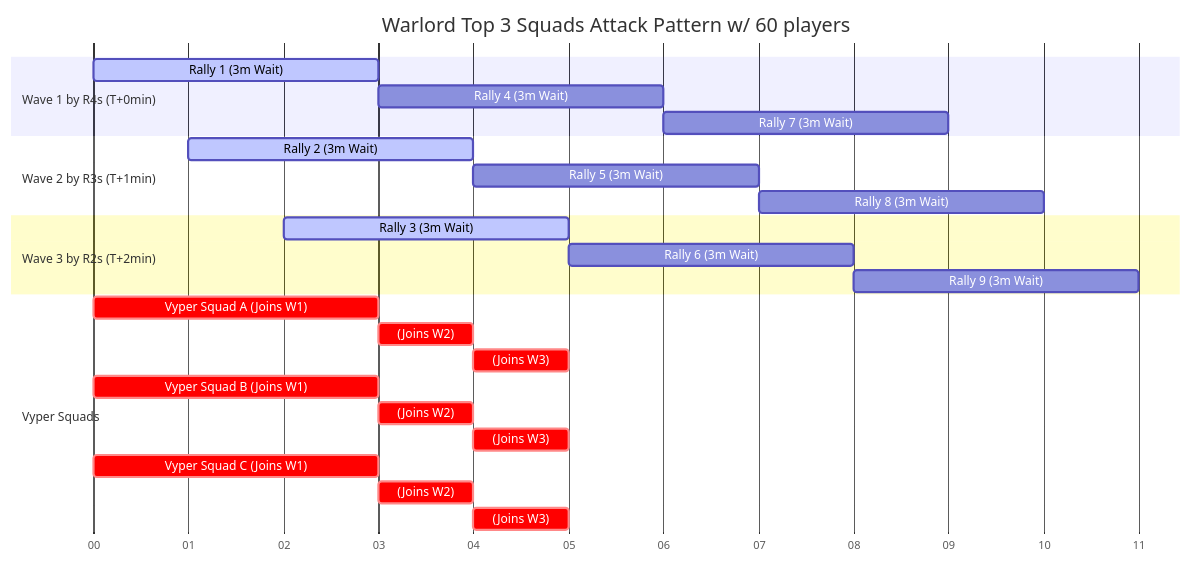
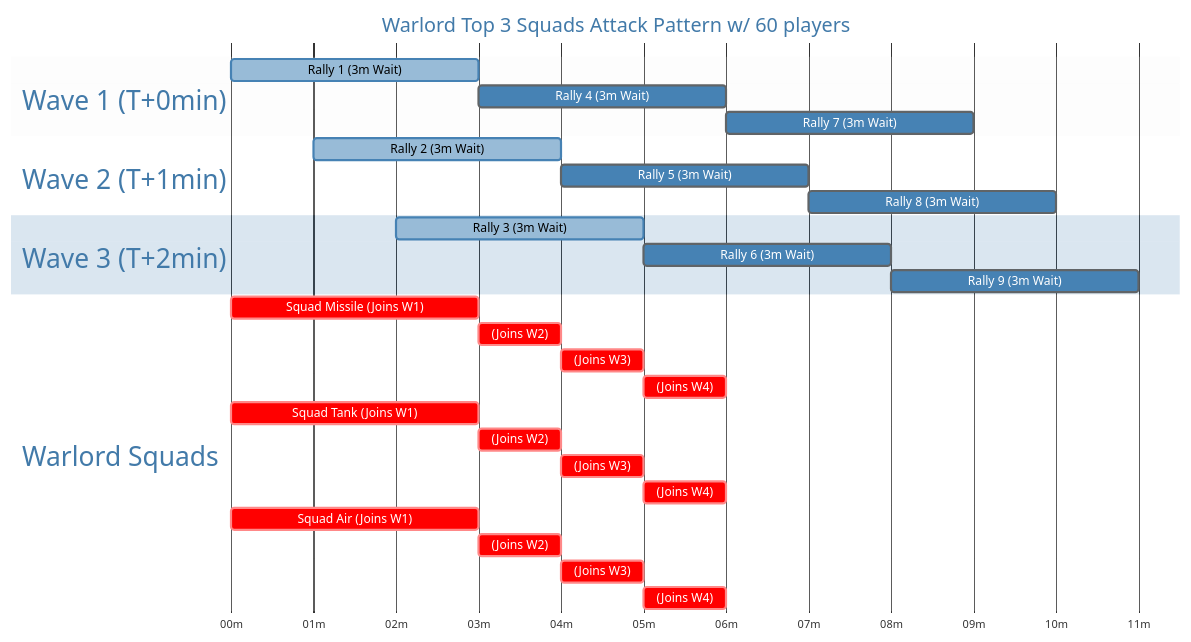
Before and after one commit to deepseek1109/lastwar: the diagram in docs/mg_rally.md, drawn with Mermaid. The commit also changed other lines of this file, not shown here.

Commit message:
make gantt chart more visible

````diff
--- a/docs/mg_rally.md
+++ b/docs/mg_rally.md
@@ -21,31 +22,54 @@
 ```mermaid
+%%{
+init: {
+  'theme': 'base',
+  'themeVariables': {
+    'fontSize': '24px',
+    'taskTextColor': '#ffffff',
+    'primaryColor': '#4682b4',
+    'textColor': '#000000',
+    'fontWeight': 'bold',
+    'primaryTextColor': '#ffffff',
+    'sectionBkgColor': '#f3f3f3',
+    'sectionTextColor': '#000000',
+    'criticalColor': '#ff8c00'
+  },
+  'gantt': {
+    'leftPadding': 200,
+    'sectionFontSize': 24
+  }
+}
+}%%
 gantt
     title Warlord Top 3 Squads Attack Pattern w/ 60 players
     dateFormat  m
-    axisFormat %M
-    section Wave 1 by R4s (T+0min)
+    axisFormat %Mm
+    section Wave 1 (T+0min)
     Rally 1 (3m Wait) :active, w1_1, 0, 3
     Rally 4 (3m Wait) :w1_2, 3, 6
     Rally 7 (3m Wait) :w1_3, 6, 9
 
-    section Wave 2 by R3s (T+1min)
+    section Wave 2 (T+1min)
     Rally 2 (3m Wait) :active, w2_1, 1, 4
     Rally 5 (3m Wait) :w2_2, 4, 7
     Rally 8 (3m Wait) :w2_3, 7, 10
 
-    section Wave 3 by R2s (T+2min)
+    section Wave 3 (T+2min)
     Rally 3 (3m Wait) :active, w3_1, 2, 5
     Rally 6 (3m Wait) :w3_2, 5, 8
     Rally 9 (3m Wait) :w3_3, 8, 11
 
-    section Vyper Squads
-    Vyper Squad A (Joins W1) :crit, a1, 0, 3
+    section Warlord Squads
+    Squad Missile (Joins W1) :crit, a1, 0, 3
     (Joins W2) :crit, a2, 3, 4
     (Joins W3) :crit, a2, 4, 5
-    Vyper Squad B (Joins W1) :crit, b1, 0, 3
+    (Joins W4) :crit, a2, 5, 6
+    Squad Tank (Joins W1) :crit, b1, 0, 3
     (Joins W2) :crit, b1, 3, 4
     (Joins W3) :crit, b1, 4, 5
-    Vyper Squad C (Joins W1) :crit, c1, 0, 3
+    (Joins W4) :crit, b1, 5, 6
+    Squad Air (Joins W1) :crit, c1, 0, 3
     (Joins W2) :crit, c2, 3, 4
     (Joins W3) :crit, c2, 4, 5
+    (Joins W4) :crit, c2, 5, 6
 ```
````
